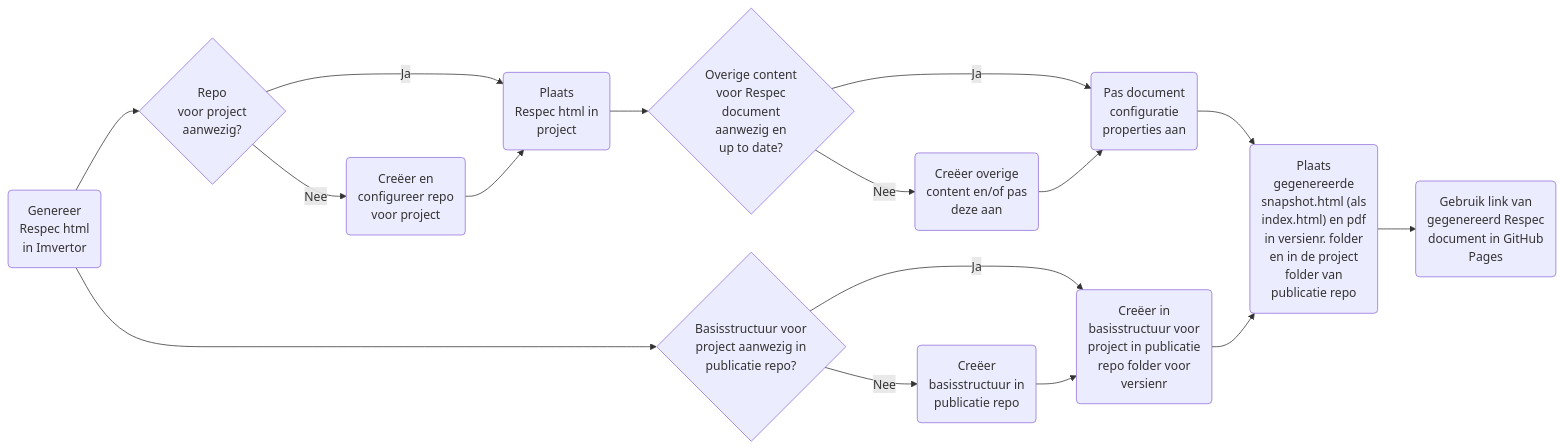
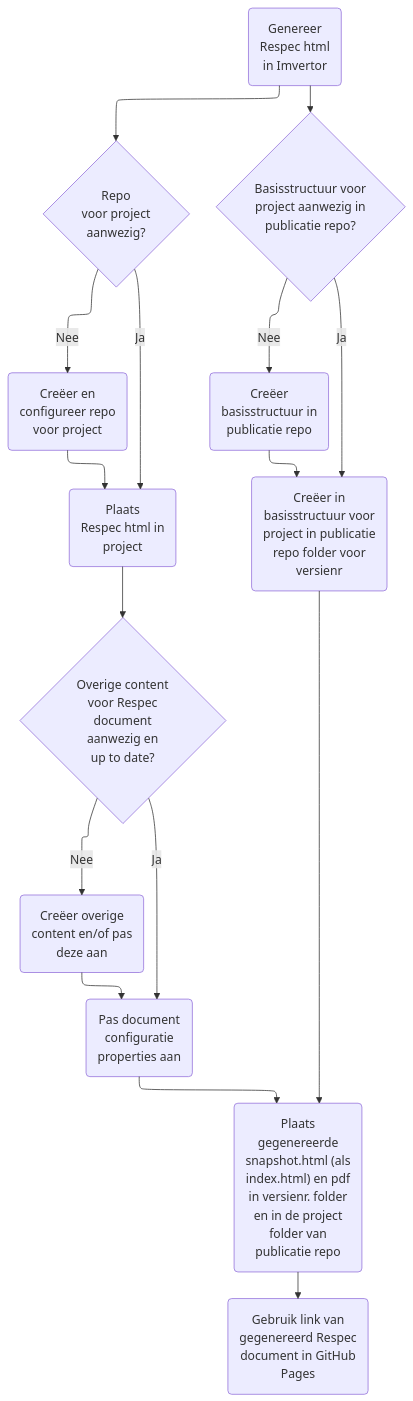
Before and after one commit to melsk-r/VNG-R-Respec-Template: the diagram in mermaid.md, drawn with Mermaid. The commit also changed other lines of this file, not shown here.

````diff
--- a/mermaid.md
+++ b/mermaid.md
@@ -8,18 +7,19 @@
 ```mermaid
-graph LR;
+%%{init: {"flowchart": {"defaultRenderer": "elk"}} }%%
+graph TD;
     A("Genereer<br/>Respec html<br/>in Imvertor")-->B{"Repo<br/>voor project<br/>aanwezig?"};
     B{"Repo<br/>voor project<br/>aanwezig?"}--Nee-->C("Creëer en<br/>configureer repo<br/>voor project");
     B{"Repo<br/>voor project<br/>aanwezig?"}--Ja-->D("Plaats<br/>Respec html in<br/>project");
     C("Creëer en<br/>configureer repo<br/>voor project")-->D("Plaats<br/>Respec html in<br/>project");
     D("Plaats<br/>Respec html in<br/>project")-->E{"Overige content<br/>voor Respec<br/>document<br/>aanwezig en<br/>up to date?"};
     E{"Overige content<br/>voor Respec<br/>document<br/>aanwezig en<br/>up to date?"}--Nee-->F("Creëer overige<br/>content en/of pas<br/>deze aan");
     E{"Overige content<br/>voor Respec<br/>document<br/>aanwezig en<br/>up to date?"}--Ja-->G("Pas document<br/>configuratie<br/>properties aan");
     F("Creëer overige<br/>content en/of pas<br/>deze aan")-->G("Pas document<br/>configuratie<br/>properties aan");
     A("Genereer<br/>Respec html<br/>in Imvertor")-->H{"Basisstructuur voor<br/>project aanwezig in<br/>publicatie repo?"};
     H{"Basisstructuur voor<br/>project aanwezig in<br/>publicatie repo?"}--Nee-->I("Creëer<br/>basisstructuur in<br/>publicatie repo");
     H{"Basisstructuur voor<br/>project aanwezig in<br/>publicatie repo?"}--Ja-->J("Creëer in<br/>basisstructuur voor<br/>project in publicatie<br/>repo folder voor<br/>versienr");
     I("Creëer<br/>basisstructuur in<br/>publicatie repo")-->J("Creëer in<br/>basisstructuur voor<br/>project in publicatie<br/>repo folder voor<br/>versienr");
     G("Pas document<br/>configuratie<br/>properties aan")-->K("Plaats<br/>gegenereerde<br/>snapshot.html (als<br/>index.html) en pdf<br/>in versienr. folder<br/>en in de project<br/>folder van<br/>publicatie repo");
     J("Creëer in<br/>basisstructuur voor<br/>project in publicatie<br/>repo folder voor<br/>versienr")-->K("Plaats<br/>gegenereerde<br/>snapshot.html (als<br/>index.html) en pdf<br/>in versienr. folder<br/>en in de project<br/>folder van<br/>publicatie repo");
     K("Plaats<br/>gegenereerde<br/>snapshot.html (als<br/>index.html) en pdf<br/>in versienr. folder<br/>en in de project<br/>folder van<br/>publicatie repo")-->L("Gebruik link van<br/>gegenereerd Respec<br/>document in GitHub<br/>Pages");
 ```
````
